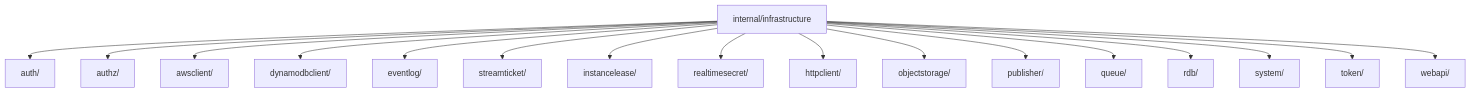
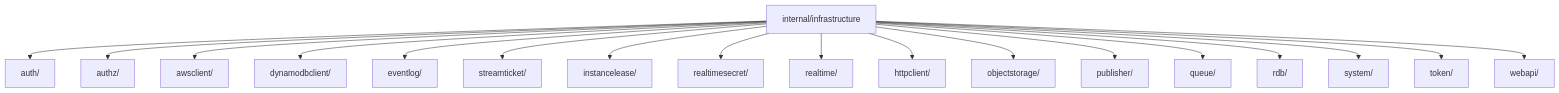
One commit to Tomy-ch/go-boilerplate changed the fourth of 5 diagrams in internal/infrastructure/README.md. Above: the diagram before and after it, drawn with Mermaid. The commit also changed other lines of this file and 25 other files, not shown here.

````diff
--- a/internal/infrastructure/README.md
+++ b/internal/infrastructure/README.md
@@ -126,41 +126,43 @@
 ```mermaid
 flowchart TB
     Root["internal/infrastructure"]
     Auth["auth/"]
     Authz["authz/"]
     AwsClient["awsclient/"]
     DDBClient["dynamodbclient/"]
     EventLog["eventlog/"]
     StreamTicket["streamticket/"]
     InstanceLease["instancelease/"]
     RealtimeSecret["realtimesecret/"]
+    Realtime["realtime/"]
     HTTP["httpclient/"]
     ObjStorage["objectstorage/"]
     Pub["publisher/"]
     Queue["queue/"]
     RDB["rdb/"]
     Sys["system/"]
     %% sample-api:begin
     Token["token/"]
     %% sample-api:end
     Web["webapi/"]
 
     Root --> Auth
     Root --> Authz
     Root --> AwsClient
     Root --> DDBClient
     Root --> EventLog
     Root --> StreamTicket
     Root --> InstanceLease
     Root --> RealtimeSecret
+    Root --> Realtime
     Root --> HTTP
     Root --> ObjStorage
     Root --> Pub
     Root --> Queue
     Root --> RDB
     Root --> Sys
     %% sample-api:begin
     Root --> Token
     %% sample-api:end
     Root --> Web
 ```
````
